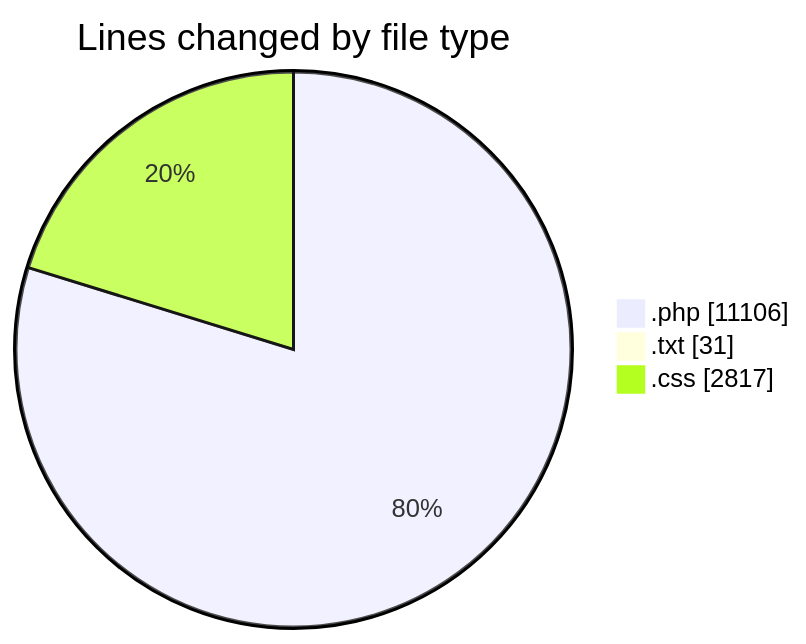
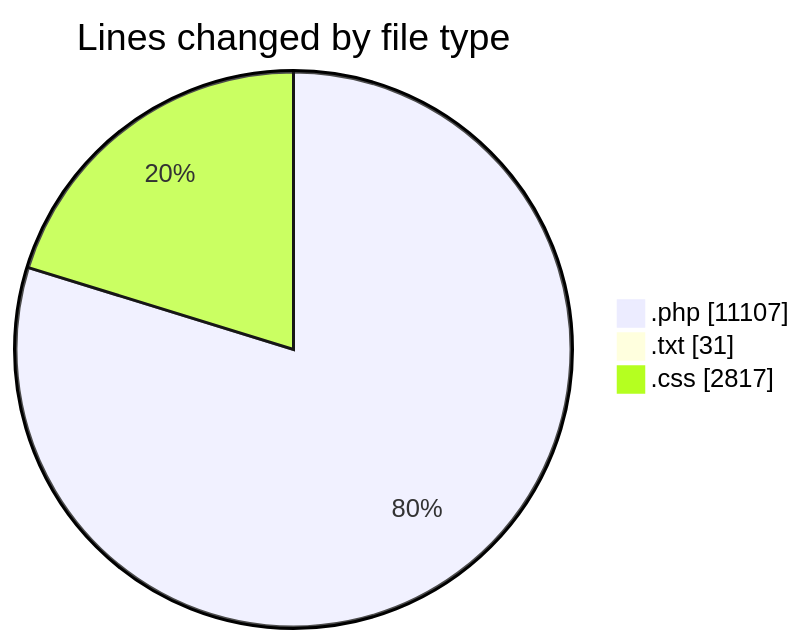
Before and after one commit to debugP/code-tracking: the first of 2 diagrams in 2025-10-17/untitled__workspace_/README.md, drawn with Mermaid. The commit also changed other lines of this file and 1 other file, not shown here.

````diff
--- a/2025-10-17/untitled__workspace_/README.md
+++ b/2025-10-17/untitled__workspace_/README.md
@@ -27,7 +27,7 @@
 ```mermaid
 pie showData
 title Lines changed by file type
-".php" : 11106
+".php" : 11107
 ".txt" : 31
 ".css" : 2817
 ```
````
